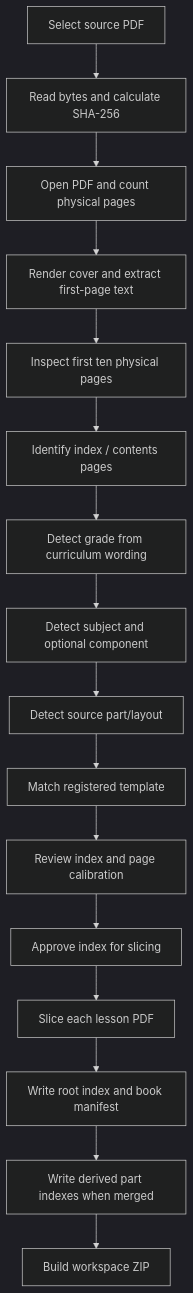
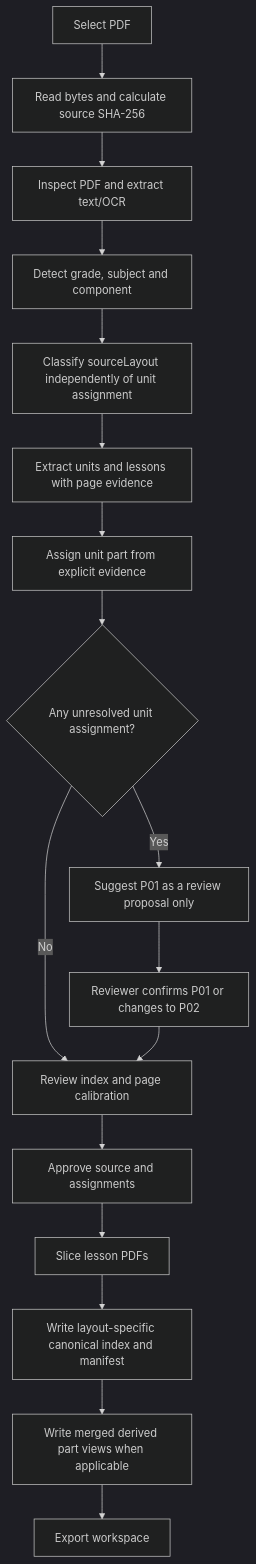
The diagram in docs/INDEXER2_WORKSPACE_PREPARATION_ALGORITHM.md (ameryhusam/ai_books), drawn with Mermaid (dark theme) before and after one commit. The commit also changed other lines of this file, not shown here.

Commit message:
docs(workspace): align INDEXER2_WORKSPACE_PREPARATION_ALGORITHM.md with Indexer2 layout contract

````diff
--- a/docs/INDEXER2_WORKSPACE_PREPARATION_ALGORITHM.md
+++ b/docs/INDEXER2_WORKSPACE_PREPARATION_ALGORITHM.md
@@ -18,18 +13,19 @@
 ```mermaid
 flowchart TD
-    A[Select source PDF] --> B[Read bytes and calculate SHA-256]
-    B --> C[Open PDF and count physical pages]
-    C --> D[Render cover and extract first-page text]
-    D --> E[Inspect first ten physical pages]
-    E --> F[Identify index / contents pages]
-    F --> G[Detect grade from curriculum wording]
-    G --> H[Detect subject and optional component]
-    H --> I[Detect source part/layout]
-    I --> J[Match registered template]
-    J --> K[Review index and page calibration]
-    K --> L[Approve index for slicing]
-    L --> M[Slice each lesson PDF]
-    M --> N[Write root index and book manifest]
-    N --> O[Write derived part indexes when merged]
-    O --> P[Build workspace ZIP]
+  A[Select PDF] --> B[Read bytes and calculate source SHA-256]
+  B --> C[Inspect PDF and extract text/OCR]
+  C --> D[Detect grade, subject and component]
+  D --> E[Classify sourceLayout independently of unit assignment]
+  E --> F[Extract units and lessons with page evidence]
+  F --> G[Assign unit part from explicit evidence]
+  G --> H{Any unresolved unit assignment?}
+  H -- Yes --> I[Suggest P01 as a review proposal only]
+  I --> J[Reviewer confirms P01 or changes to P02]
+  H -- No --> K[Review index and page calibration]
+  J --> K
+  K --> L[Approve source and assignments]
+  L --> M[Slice lesson PDFs]
+  M --> N[Write layout-specific canonical index and manifest]
+  N --> O[Write merged derived part views when applicable]
+  O --> P[Export workspace]
 ```
````
